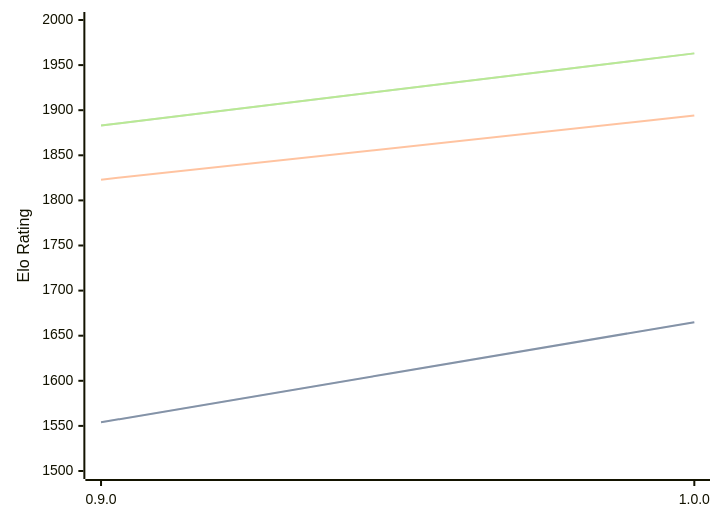
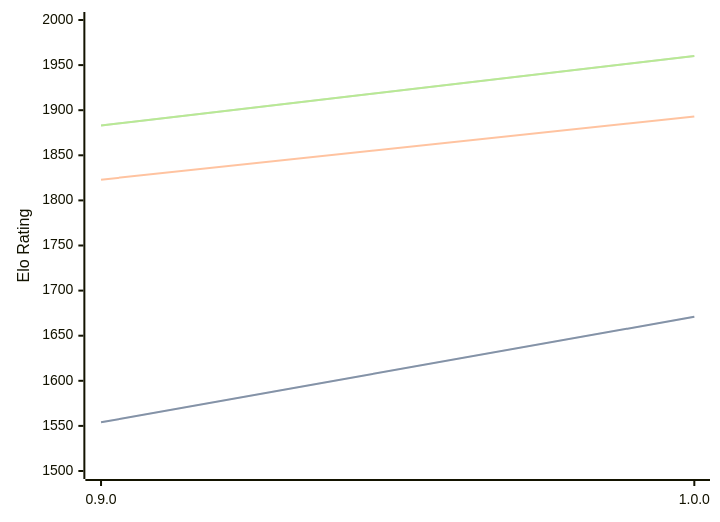
One commit to computer-chess-index/cci changed the diagram in engines/Ratsu.md. Above: the diagram before and after it, drawn with Mermaid. The commit also changed other lines of this file, not shown here.

Commit message:
Update CCI Ratings (ELO VLTC) - 2026-03-22

````diff
--- a/engines/Ratsu.md
+++ b/engines/Ratsu.md
@@ -32,11 +32,11 @@
 ```mermaid
 %%{init: {"theme":"base","themeVariables":{"seriesColors:['#a3a3a3','#222221','#faa371']}}}%%
 xychart-beta
   x-axis ["0.9.0", "1.0.0"]
   y-axis "Elo Rating" 1500 --> 2000
-  line "STC (8.0+0.08s)" [1554, 1665]
-  line "STC (8.0+0.08s)" [1554, 1665]
-  line "LTC (60.0+0.60s)" [1823, 1894]
-  line "VLTC (2m24s+1.12s)" [1883, 1963]
-  line "VLTC (2m24s+1.12s)" [1883, 1963]
+  line "STC (8.0+0.08s)" [1554, 1671]
+  line "STC (8.0+0.08s)" [1554, 1671]
+  line "LTC (60.0+0.60s)" [1823, 1893]
+  line "VLTC (2m24s+1.12s)" [1883, 1960]
+  line "VLTC (2m24s+1.12s)" [1883, 1960]
 ```
````
